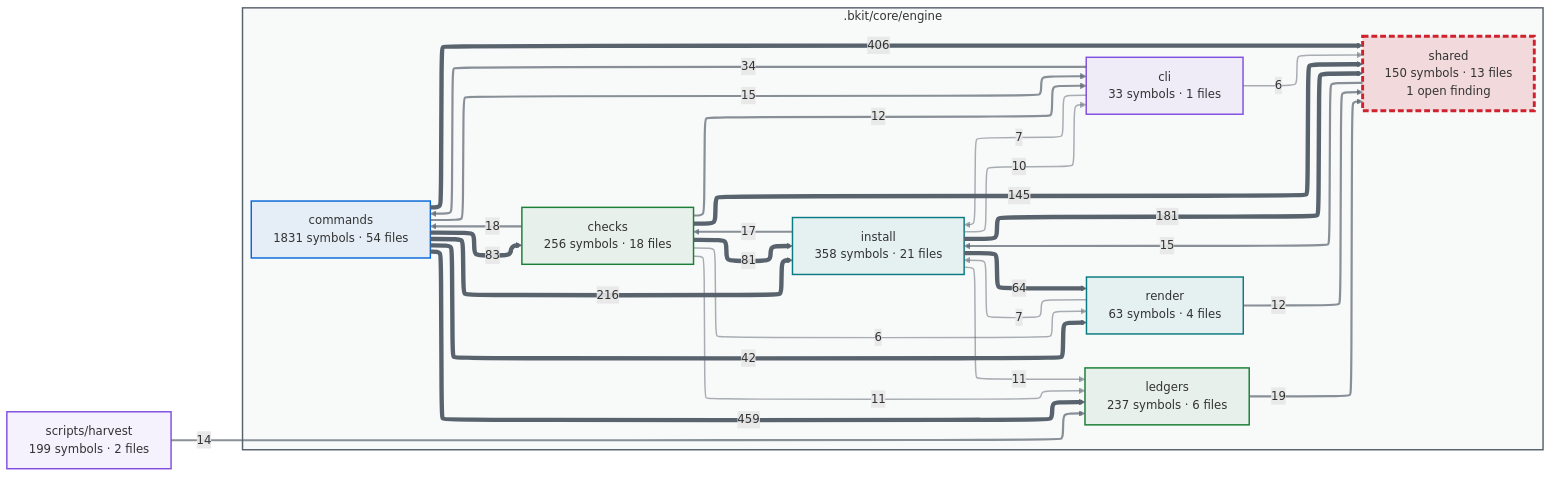
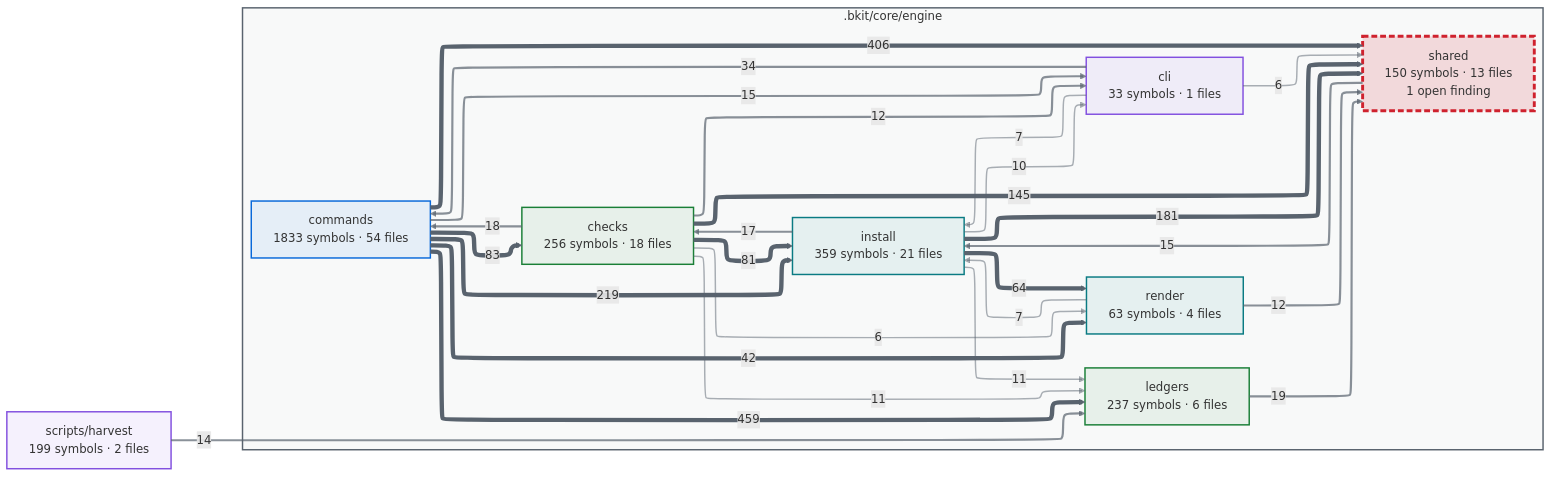
One commit to cbartens/bkit changed the first of 2 diagrams in docs/capabilities.md. Above: the diagram before and after it, drawn with Mermaid. The commit also changed other lines of this file and 77 other files, not shown here.

````diff
--- a/docs/capabilities.md
+++ b/docs/capabilities.md
@@ -154,80 +154,80 @@
 ```mermaid
 ---
 config:
   layout: elk
   themeCSS: "marker { overflow: visible; } marker path { transform: scale(1.8); transform-origin: 5px 5px; }"
   flowchart:
     useMaxWidth: false
 ---
 flowchart LR
   %% Generated by bkit-graphify-rollup.py — do not edit
   subgraph gn_bkit_core_engine[".bkit/core/engine"]
     n_bkit_core_engine_checks["checks<br/>256 symbols · 18 files"]
     n_bkit_core_engine_cli["cli<br/>33 symbols · 1 files"]
-    n_bkit_core_engine_commands["commands<br/>1831 symbols · 54 files"]
-    n_bkit_core_engine_install["install<br/>358 symbols · 21 files"]
+    n_bkit_core_engine_commands["commands<br/>1833 symbols · 54 files"]
+    n_bkit_core_engine_install["install<br/>359 symbols · 21 files"]
     n_bkit_core_engine_ledgers["ledgers<br/>237 symbols · 6 files"]
     n_bkit_core_engine_render["render<br/>63 symbols · 4 files"]
     n_bkit_core_engine_shared["shared<br/>150 symbols · 13 files<br/>1 open finding"]
   end
   nscripts_harvest["scripts/harvest<br/>199 symbols · 2 files"]
   n_bkit_core_engine_commands -->|459| n_bkit_core_engine_ledgers
   n_bkit_core_engine_commands -->|406| n_bkit_core_engine_shared
-  n_bkit_core_engine_commands -->|216| n_bkit_core_engine_install
+  n_bkit_core_engine_commands -->|219| n_bkit_core_engine_install
   n_bkit_core_engine_install -->|181| n_bkit_core_engine_shared
   n_bkit_core_engine_checks -->|145| n_bkit_core_engine_shared
   n_bkit_core_engine_commands -->|83| n_bkit_core_engine_checks
   n_bkit_core_engine_checks -->|81| n_bkit_core_engine_install
   n_bkit_core_engine_install -->|64| n_bkit_core_engine_render
   n_bkit_core_engine_commands -->|42| n_bkit_core_engine_render
   n_bkit_core_engine_cli -->|34| n_bkit_core_engine_commands
   n_bkit_core_engine_ledgers -->|19| n_bkit_core_engine_shared
   n_bkit_core_engine_checks -->|18| n_bkit_core_engine_commands
   n_bkit_core_engine_install -->|17| n_bkit_core_engine_checks
   n_bkit_core_engine_shared -->|15| n_bkit_core_engine_install
   n_bkit_core_engine_commands -->|15| n_bkit_core_engine_cli
   nscripts_harvest -->|14| n_bkit_core_engine_ledgers
   n_bkit_core_engine_checks -->|12| n_bkit_core_engine_cli
   n_bkit_core_engine_render -->|12| n_bkit_core_engine_shared
   n_bkit_core_engine_checks -->|11| n_bkit_core_engine_ledgers
   n_bkit_core_engine_install -->|11| n_bkit_core_engine_ledgers
   n_bkit_core_engine_install -->|10| n_bkit_core_engine_cli
   n_bkit_core_engine_cli -->|7| n_bkit_core_engine_install
   n_bkit_core_engine_render -->|7| n_bkit_core_engine_install
   n_bkit_core_engine_checks -->|6| n_bkit_core_engine_render
   n_bkit_core_engine_cli -->|6| n_bkit_core_engine_shared
   style gn_bkit_core_engine fill:#59636e0a,stroke:#59636e,stroke-width:2px
   style n_bkit_core_engine_checks stroke:#1a7f37,stroke-width:2px,fill:#1a7f3714
   style n_bkit_core_engine_cli stroke:#8250df,stroke-width:2px,fill:#8250df14
   style n_bkit_core_engine_commands stroke:#0969da,stroke-width:2px,fill:#0969da14
   style n_bkit_core_engine_install stroke:#0a7b83,stroke-width:2px,fill:#0a7b8314
   style n_bkit_core_engine_ledgers stroke:#1a7f37,stroke-width:2px,fill:#1a7f3714
   style n_bkit_core_engine_render stroke:#0a7b83,stroke-width:2px,fill:#0a7b8314
   style n_bkit_core_engine_shared stroke:#cf222e,stroke-width:4px,stroke-dasharray:8 4,fill:#cf222e26
   style nscripts_harvest stroke:#8250df,stroke-width:2px,fill:#8250df14
   linkStyle 0 stroke:#59636e,stroke-width:6px
   linkStyle 1 stroke:#59636e,stroke-width:6px
   linkStyle 2 stroke:#59636e,stroke-width:6px
   linkStyle 3 stroke:#59636e,stroke-width:6px
   linkStyle 4 stroke:#59636e,stroke-width:6px
   linkStyle 5 stroke:#59636e,stroke-width:6px
   linkStyle 6 stroke:#59636e,stroke-width:6px
   linkStyle 7 stroke:#59636e,stroke-width:6px
   linkStyle 8 stroke:#59636e,stroke-width:6px
   linkStyle 9 stroke:#59636eb3,stroke-width:3px
   linkStyle 10 stroke:#59636eb3,stroke-width:3px
   linkStyle 11 stroke:#59636eb3,stroke-width:3px
   linkStyle 12 stroke:#59636eb3,stroke-width:3px
   linkStyle 13 stroke:#59636eb3,stroke-width:3px
   linkStyle 14 stroke:#59636eb3,stroke-width:3px
   linkStyle 15 stroke:#59636eb3,stroke-width:3px
   linkStyle 16 stroke:#59636eb3,stroke-width:3px
   linkStyle 17 stroke:#59636eb3,stroke-width:3px
   linkStyle 18 stroke:#59636e80,stroke-width:2px
   linkStyle 19 stroke:#59636e80,stroke-width:2px
   linkStyle 20 stroke:#59636e80,stroke-width:2px
   linkStyle 21 stroke:#59636e80,stroke-width:2px
   linkStyle 22 stroke:#59636e80,stroke-width:2px
   linkStyle 23 stroke:#59636e80,stroke-width:2px
   linkStyle 24 stroke:#59636e80,stroke-width:2px
 ```
````
